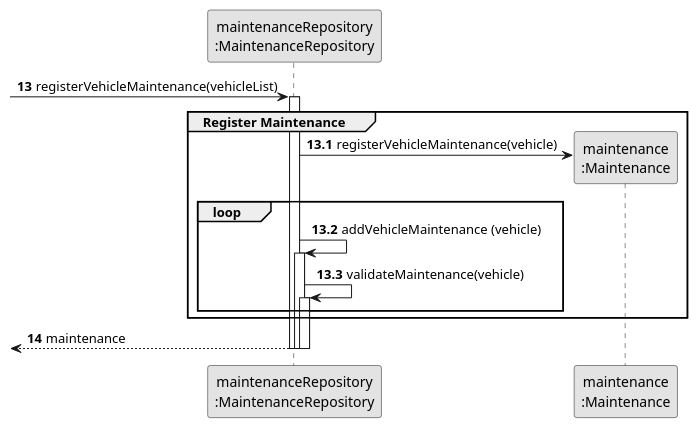
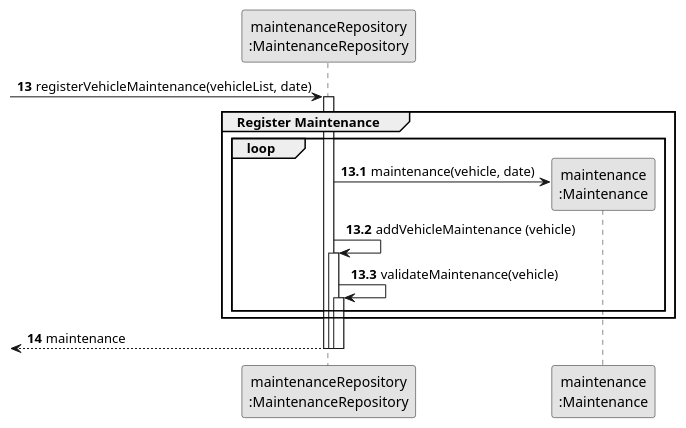
Before and after one commit to diogoveirospro/lei-24-s2-1dg-g072: the diagram in docs/sprintC/us007/03.design/puml/us007-sequence-diagram-partial-register-maintenance.puml, drawn with PlantUML. The commit also changed 4 other files, not shown here.

Commit message:
Corrections on US07 and US06 class diagram

```diff
--- a/docs/sprintC/us007/03.design/puml/us007-sequence-diagram-partial-register-maintenance.puml
+++ b/docs/sprintC/us007/03.design/puml/us007-sequence-diagram-partial-register-maintenance.puml
@@ -1,34 +1,34 @@
 @startuml
 skinparam monochrome true
 skinparam packageStyle rectangle
 skinparam shadowing false
 
 participant "maintenanceRepository\n:MaintenanceRepository" as MAINREP
 participant "maintenance\n:Maintenance" as MAINTENANCE
 
 autonumber 13
--> MAINREP: registerVehicleMaintenance(vehicleList)
+-> MAINREP: registerVehicleMaintenance(vehicleList, date)
 
 autonumber 13.1
 activate MAINREP
     group Register Maintenance
 
-        MAINREP -> MAINTENANCE**: registerVehicleMaintenance(vehicle)
         loop
+        MAINREP -> MAINTENANCE**: maintenance(vehicle, date)
         MAINREP -> MAINREP: addVehicleMaintenance (vehicle)
 
         activate MAINREP
             MAINREP -> MAINREP: validateMaintenance(vehicle)
             activate MAINREP
         end
         end
     autonumber 14
     <-- MAINREP : maintenance
      deactivate MAINREP
 
             deactivate MAINREP
         deactivate MAINREP
 
 
 
 @enduml
```
